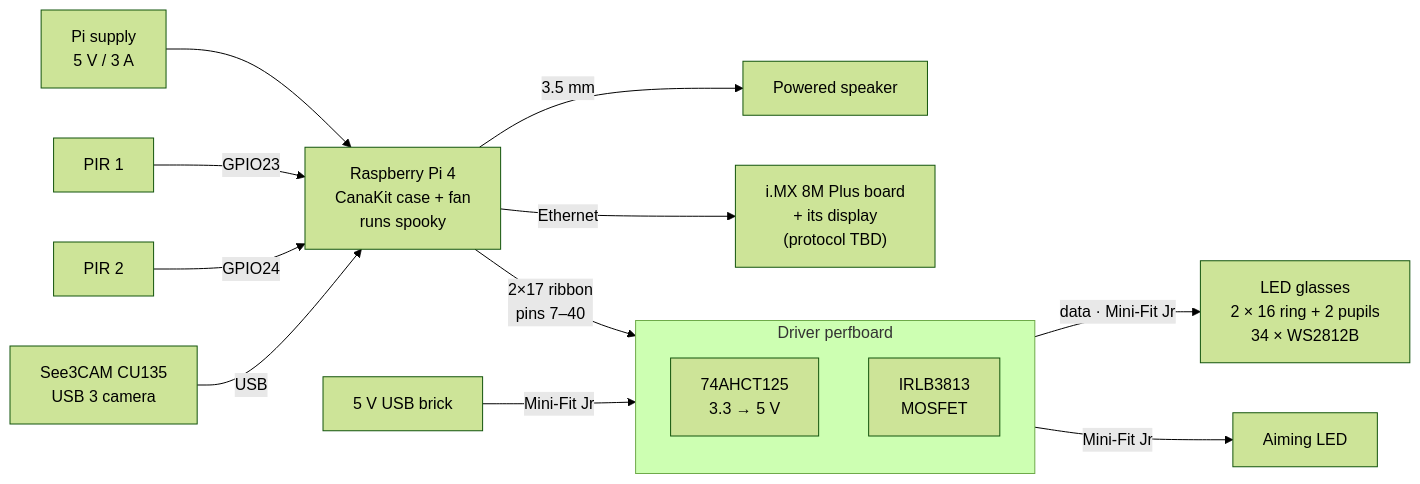
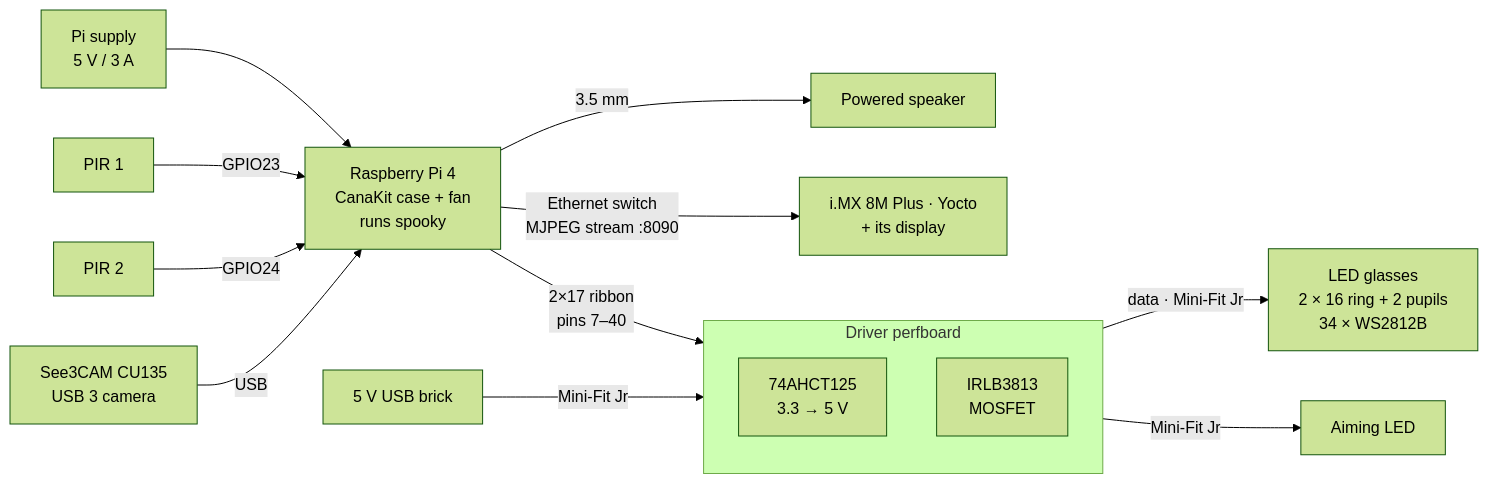
The diagram in docs/diagrams/hardware.mmd (mxmrsn/spooky-pi), drawn with Mermaid (forest theme) before and after one commit. The commit also changed 23 other files, not shown here.

First line of the commit message:
Stream the display to the i.MX 8M Plus, boot services and Pi setup

```diff
--- a/docs/diagrams/hardware.mmd
+++ b/docs/diagrams/hardware.mmd
@@ -1,17 +1,17 @@
 flowchart LR
     PSU["Pi supply<br/>5 V / 3 A"] --> PI
     PIR1["PIR 1"] -- GPIO23 --> PI
     PIR2["PIR 2"] -- GPIO24 --> PI
     CAM["See3CAM CU135<br/>USB 3 camera"] -- USB --> PI
     PI["Raspberry Pi 4<br/>CanaKit case + fan<br/>runs spooky"]
     PI -- "2×17 ribbon<br/>pins 7–40" --> BOARD
     USB5["5 V USB brick"] -- "Mini-Fit Jr" --> BOARD
     subgraph BOARD["Driver perfboard"]
         direction TB
         LS["74AHCT125<br/>3.3 → 5 V"]
         Q["IRLB3813<br/>MOSFET"]
     end
     LS -- "data · Mini-Fit Jr" --> RING["LED glasses<br/>2 × 16 ring + 2 pupils<br/>34 × WS2812B"]
     Q -- "Mini-Fit Jr" --> AIM["Aiming LED"]
     PI -- "3.5 mm" --> SPK["Powered speaker"]
-    PI -- "Ethernet" --> DISP["i.MX 8M Plus board<br/>+ its display<br/>(protocol TBD)"]
+    PI -- "Ethernet switch<br/>MJPEG stream :8090" --> DISP["i.MX 8M Plus · Yocto<br/>+ its display"]
```
